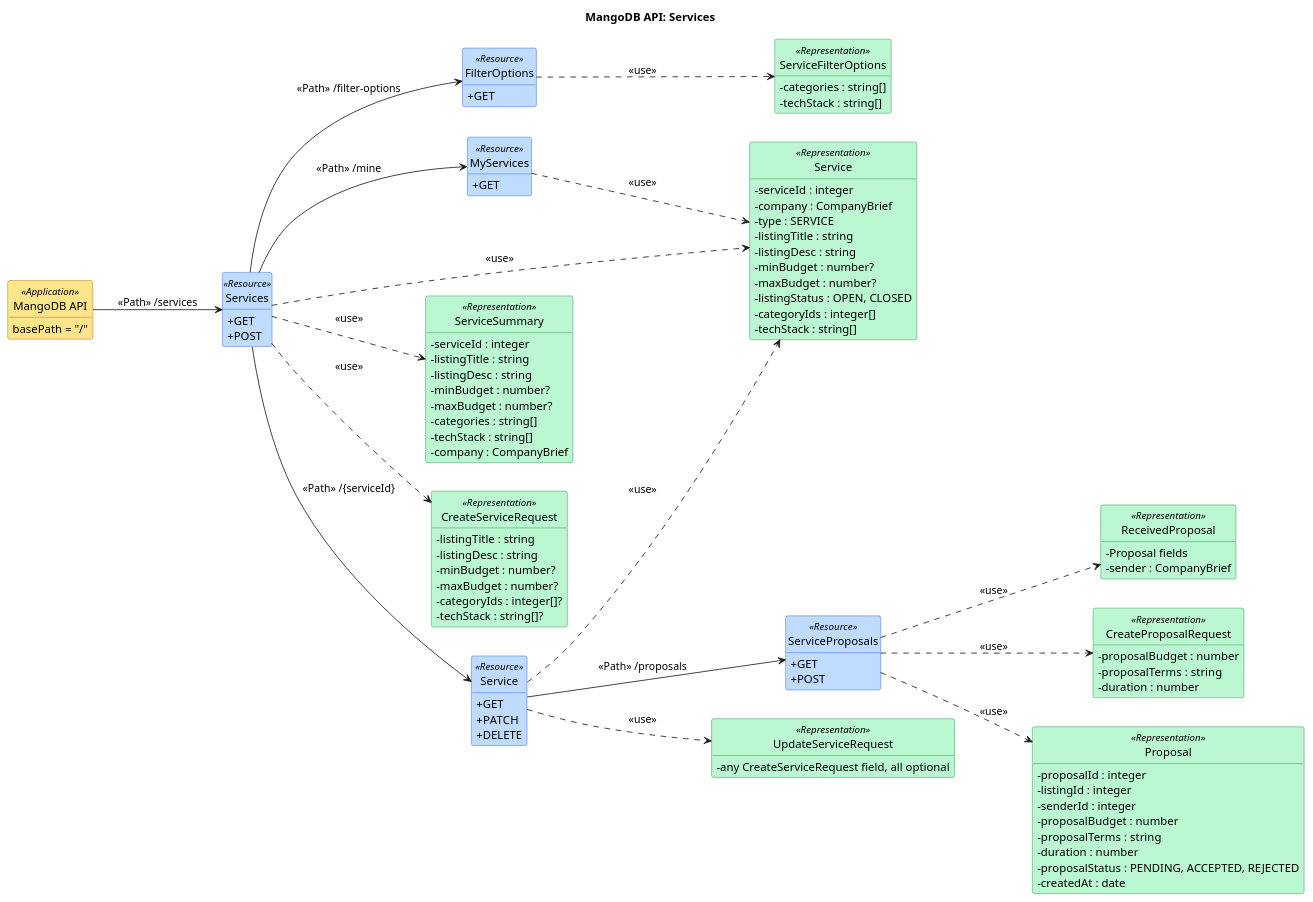
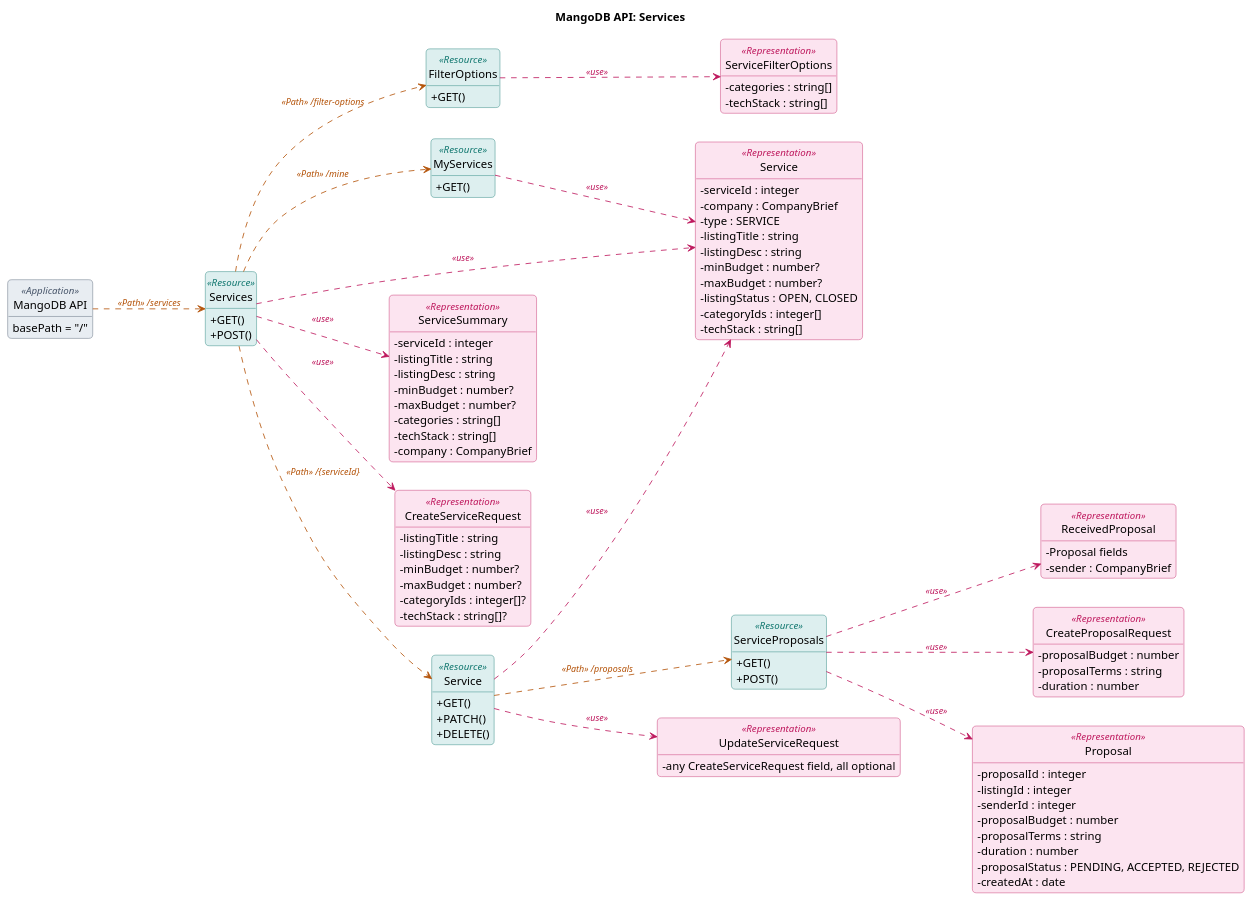
The diagram in docs/api/uml/services.puml (taofuuu/MangoDB), drawn with PlantUML before and after one commit. The commit also changed 31 other files, not shown here.

First line of the commit message:
docs(api): document quotation and cancel endpoints, restyle UML API diagrams

```diff
--- a/docs/api/uml/services.puml
+++ b/docs/api/uml/services.puml
@@ -1,110 +1,118 @@
 @startuml
 left to right direction
 skinparam classAttributeIconSize 0
 hide circle
 hide empty members
+skinparam shadowing false
+skinparam roundcorner 10
+skinparam ClassFontStyle bold
+skinparam ClassAttributeFontStyle plain
+skinparam ArrowFontSize 11
 skinparam class {
-  BackgroundColor<<Application>> #FDE68A
-  BorderColor<<Application>> #B45309
-  BackgroundColor<<Resource>> #BFDBFE
-  BorderColor<<Resource>> #1D4ED8
-  BackgroundColor<<Representation>> #BBF7D0
-  BorderColor<<Representation>> #15803D
+  BackgroundColor<<Application>> #E8EDF2
+  BorderColor<<Application>> #475569
+  BackgroundColor<<Resource>> #DDEFEF
+  BorderColor<<Resource>> #0F766E
+  BackgroundColor<<Representation>> #FCE4F0
+  BorderColor<<Representation>> #BE185D
+  StereotypeFontColor<<Application>> #475569
+  StereotypeFontColor<<Resource>> #0F766E
+  StereotypeFontColor<<Representation>> #BE185D
 }
 title MangoDB API: Services
 
 class "MangoDB API" as API <<Application>> {
   basePath = "/"
 }
 class "Services" as Services <<Resource>> {
-  + GET
-  + POST
+  + GET()
+  + POST()
 }
 class "FilterOptions" as FilterOptions <<Resource>> {
-  + GET
+  + GET()
 }
 class "MyServices" as MyServices <<Resource>> {
-  + GET
+  + GET()
 }
 class "Service" as ServiceR <<Resource>> {
-  + GET
-  + PATCH
-  + DELETE
+  + GET()
+  + PATCH()
+  + DELETE()
 }
 class "ServiceProposals" as ServiceProposals <<Resource>> {
-  + GET
-  + POST
+  + GET()
+  + POST()
 }
 class "ServiceSummary" as ServiceSummaryRep <<Representation>> {
   -serviceId : integer
   -listingTitle : string
   -listingDesc : string
   -minBudget : number?
   -maxBudget : number?
   -categories : string[]
   -techStack : string[]
   -company : CompanyBrief
 }
 class "CreateServiceRequest" as CreateServiceRequestRep <<Representation>> {
   -listingTitle : string
   -listingDesc : string
   -minBudget : number?
   -maxBudget : number?
   -categoryIds : integer[]?
   -techStack : string[]?
 }
 class "Service" as ServiceRep <<Representation>> {
   -serviceId : integer
   -company : CompanyBrief
   -type : SERVICE
   -listingTitle : string
   -listingDesc : string
   -minBudget : number?
   -maxBudget : number?
   -listingStatus : OPEN, CLOSED
   -categoryIds : integer[]
   -techStack : string[]
 }
 class "ServiceFilterOptions" as ServiceFilterOptionsRep <<Representation>> {
   -categories : string[]
   -techStack : string[]
 }
 class "UpdateServiceRequest" as UpdateServiceRequestRep <<Representation>> {
   -any CreateServiceRequest field, all optional
 }
 class "ReceivedProposal" as ReceivedProposalRep <<Representation>> {
   -Proposal fields
   -sender : CompanyBrief
 }
 class "CreateProposalRequest" as CreateProposalRequestRep <<Representation>> {
   -proposalBudget : number
   -proposalTerms : string
   -duration : number
 }
 class "Proposal" as ProposalRep <<Representation>> {
   -proposalId : integer
   -listingId : integer
   -senderId : integer
   -proposalBudget : number
   -proposalTerms : string
   -duration : number
   -proposalStatus : PENDING, ACCEPTED, REJECTED
   -createdAt : date
 }
 
-API --> Services : <<Path>> /services
-Services ..> ServiceSummaryRep : <<use>>
-Services ..> CreateServiceRequestRep : <<use>>
-Services ..> ServiceRep : <<use>>
-Services --> FilterOptions : <<Path>> /filter-options
-FilterOptions ..> ServiceFilterOptionsRep : <<use>>
-Services --> MyServices : <<Path>> /mine
-MyServices ..> ServiceRep : <<use>>
-Services --> ServiceR : <<Path>> /{serviceId}
-ServiceR ..> ServiceRep : <<use>>
-ServiceR ..> UpdateServiceRequestRep : <<use>>
-ServiceR --> ServiceProposals : <<Path>> /proposals
-ServiceProposals ..> ReceivedProposalRep : <<use>>
-ServiceProposals ..> CreateProposalRequestRep : <<use>>
-ServiceProposals ..> ProposalRep : <<use>>
+API -[#B45309,dashed]-> Services : <i><color:#B45309>«Path» /services</color></i>
+Services -[#BE185D,dashed]-> ServiceSummaryRep : <i><color:#BE185D>«use»</color></i>
+Services -[#BE185D,dashed]-> CreateServiceRequestRep : <i><color:#BE185D>«use»</color></i>
+Services -[#BE185D,dashed]-> ServiceRep : <i><color:#BE185D>«use»</color></i>
+Services -[#B45309,dashed]-> FilterOptions : <i><color:#B45309>«Path» /filter-options</color></i>
+FilterOptions -[#BE185D,dashed]-> ServiceFilterOptionsRep : <i><color:#BE185D>«use»</color></i>
+Services -[#B45309,dashed]-> MyServices : <i><color:#B45309>«Path» /mine</color></i>
+MyServices -[#BE185D,dashed]-> ServiceRep : <i><color:#BE185D>«use»</color></i>
+Services -[#B45309,dashed]-> ServiceR : <i><color:#B45309>«Path» /{serviceId}</color></i>
+ServiceR -[#BE185D,dashed]-> ServiceRep : <i><color:#BE185D>«use»</color></i>
+ServiceR -[#BE185D,dashed]-> UpdateServiceRequestRep : <i><color:#BE185D>«use»</color></i>
+ServiceR -[#B45309,dashed]-> ServiceProposals : <i><color:#B45309>«Path» /proposals</color></i>
+ServiceProposals -[#BE185D,dashed]-> ReceivedProposalRep : <i><color:#BE185D>«use»</color></i>
+ServiceProposals -[#BE185D,dashed]-> CreateProposalRequestRep : <i><color:#BE185D>«use»</color></i>
+ServiceProposals -[#BE185D,dashed]-> ProposalRep : <i><color:#BE185D>«use»</color></i>
 @enduml
```
